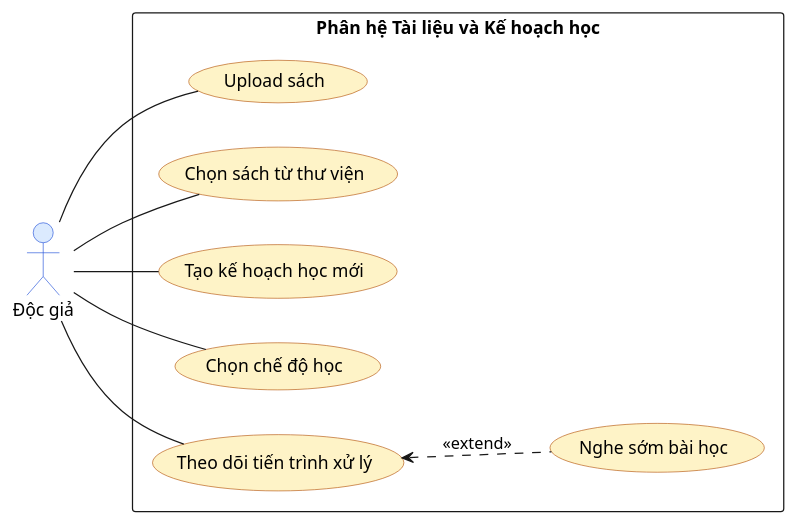
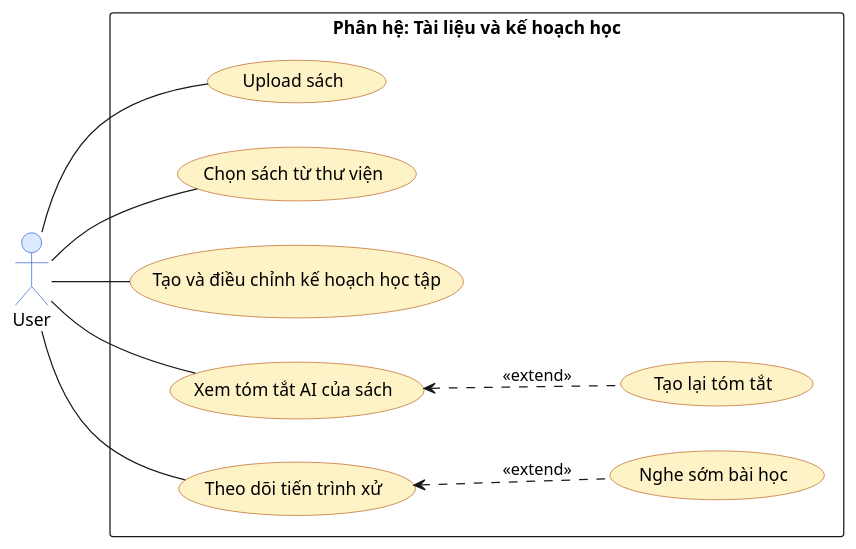
The diagram in _docs_capstone/_dia/UseCase/sub_UC/triam_usecase_library_plan.puml (KhoaSinno/triam-backend), drawn with PlantUML before and after one commit. The commit also changed 8 other files, not shown here.

```diff
--- a/_docs_capstone/_dia/UseCase/sub_UC/triam_usecase_library_plan.puml
+++ b/_docs_capstone/_dia/UseCase/sub_UC/triam_usecase_library_plan.puml
@@ -1,40 +1,41 @@
 @startuml triam_usecase_library_plan
 skinparam Shadowing false
 skinparam backgroundColor #FFFFFF
 skinparam defaultFontName Arial
 ' skinparam roundcorner 14
 ' skinparam linetype ortho
 
 skinparam actor {
   BackgroundColor #DBEAFE
   BorderColor #1D4ED8
 }
 skinparam usecase {
   BackgroundColor #FEF3C7
   BorderColor #B45309
 }
 
 left to right direction
 
-actor "Độc giả" as Reader
+actor "User" as Reader
 
-rectangle "Phân hệ Tài liệu và Kế hoạch học" {
+rectangle "Phân hệ: Tài liệu và kế hoạch học" {
   (Upload sách) as UC_UploadBook
-  ' TODO: Hiện tại chưa có Chọn sách từ thư viện
   (Chọn sách từ thư viện) as UC_SelectBook
-
-  (Tạo kế hoạch học mới) as UC_CreatePlan
-  (Chọn chế độ học) as UC_SelectMode
-  (Theo dõi tiến trình xử lý) as UC_TrackJob
+  (Tạo và điều chỉnh kế hoạch học tập) as UC_CreatePlan
+  (Xem tóm tắt AI của sách) as UC_AI_SUM
+  (Tạo lại tóm tắt) as UC_RE_AI_SUM
+  (Theo dõi tiến trình xử) as UC_TrackJob
   (Nghe sớm bài học) as UC_ListenEarly
 
   ' Mũi tên hướng từ tính năng mở rộng về tính năng gốc
   UC_TrackJob <.. UC_ListenEarly  : <<extend>>
 }
 
 Reader -- UC_UploadBook
 Reader -- UC_SelectBook
 Reader -- UC_CreatePlan
-Reader -- UC_SelectMode
+Reader -- UC_AI_SUM
 Reader -- UC_TrackJob
+
+UC_AI_SUM <.. UC_RE_AI_SUM : <<extend>>
 @enduml
```
